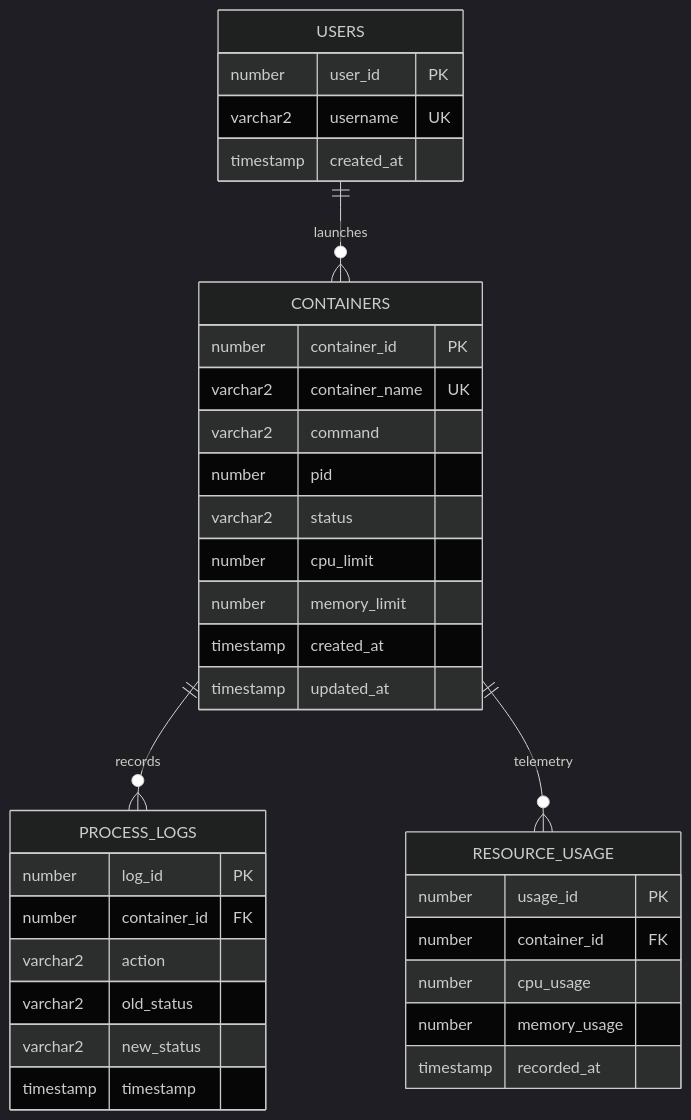
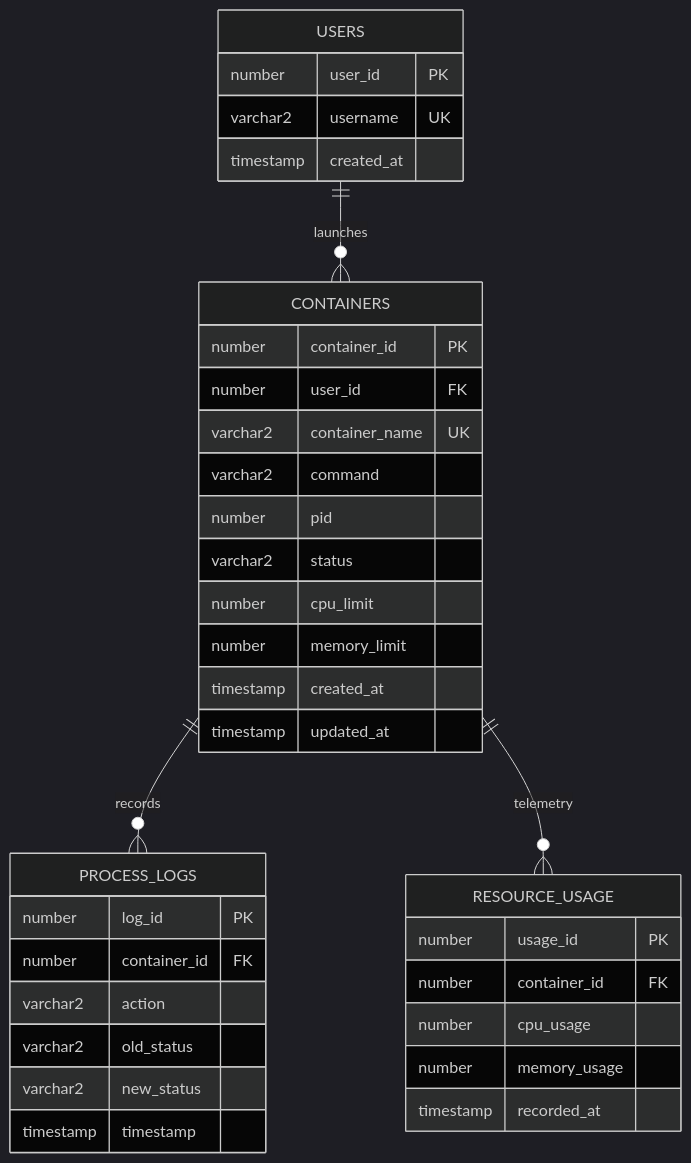
One commit to Akansh475/MiniDoc-PBL changed the diagram in README.md. Above: the diagram before and after it, drawn with Mermaid (dark theme). The commit also changed other lines of this file and 1 other file, not shown here.

Commit message:
docs: align architecture, ER diagram, trigger names, and viva Q&A with real implementation

````diff
--- a/README.md
+++ b/README.md
@@ -72,41 +72,42 @@
 ```mermaid
 erDiagram
     USERS ||--o{ CONTAINERS : "launches"
     CONTAINERS ||--o{ PROCESS_LOGS : "records"
     CONTAINERS ||--o{ RESOURCE_USAGE : "telemetry"
 
     USERS {
         number user_id PK
         varchar2 username UK
         timestamp created_at
     }
 
     CONTAINERS {
         number container_id PK
+        number user_id FK
         varchar2 container_name UK
         varchar2 command
         number pid
         varchar2 status
         number cpu_limit
         number memory_limit
         timestamp created_at
         timestamp updated_at
     }
 
     PROCESS_LOGS {
         number log_id PK
         number container_id FK
         varchar2 action
         varchar2 old_status
         varchar2 new_status
         timestamp timestamp
     }
 
     RESOURCE_USAGE {
         number usage_id PK
         number container_id FK
         number cpu_usage
         number memory_usage
         timestamp recorded_at
     }
 ```
````
